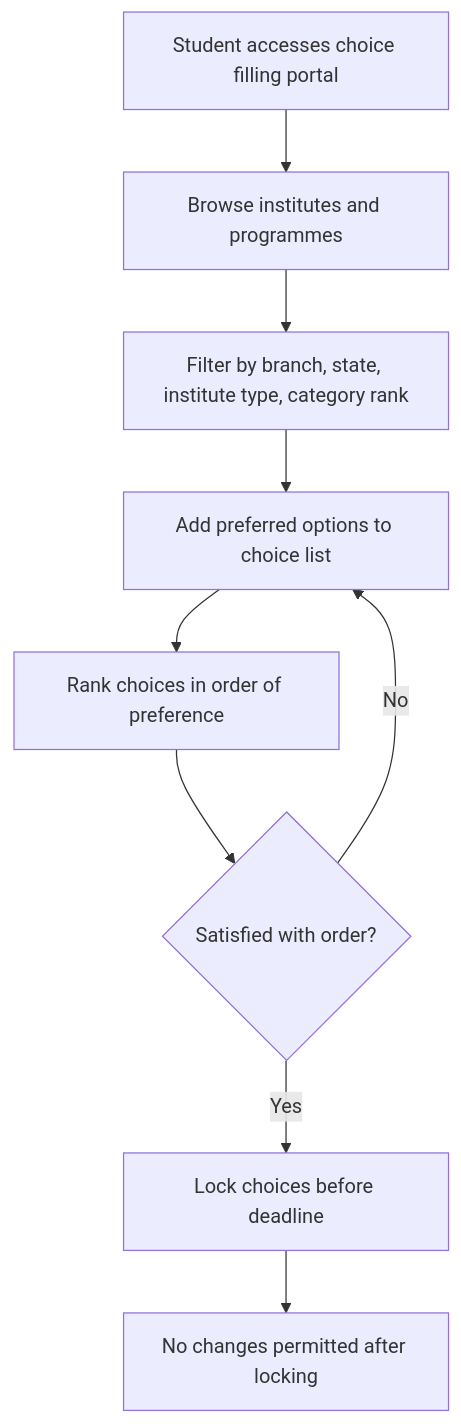
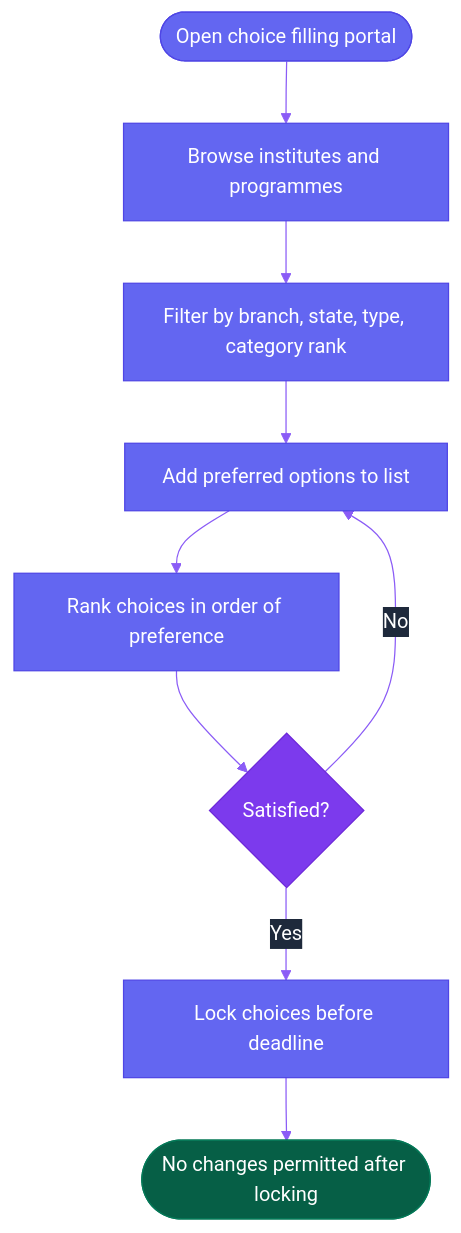
Before and after one commit to aashrutsharma2/docs: the second of 4 diagrams in blueprint/admission-lifecycle.mdx, drawn with Mermaid. The commit also changed other lines of this file and 3 other files, not shown here.

````diff
--- a/blueprint/admission-lifecycle.mdx
+++ b/blueprint/admission-lifecycle.mdx
@@ -118,11 +111,33 @@
 ```mermaid
+%%{init: {
+  'theme': 'base',
+  'themeVariables': {
+    'primaryColor': '#6366f1',
+    'primaryTextColor': '#ffffff',
+    'primaryBorderColor': '#4f46e5',
+    'lineColor': '#8b5cf6',
+    'secondaryColor': '#312e81',
+    'tertiaryColor': '#1e1b4b',
+    'background': 'transparent',
+    'mainBkg': '#6366f1',
+    'nodeBorder': '#4f46e5',
+    'clusterBkg': '#1e1b4b',
+    'titleColor': '#a5b4fc',
+    'edgeLabelBackground': '#1e293b',
+    'fontFamily': 'Inter, sans-serif'
+  }
+}}%%
 flowchart TD
-    A[Student accesses choice filling portal] --> B[Browse institutes and programmes]
-    B --> C[Filter by branch, state, institute type, category rank]
-    C --> D[Add preferred options to choice list]
+    A([Open choice filling portal]) --> B[Browse institutes and programmes]
+    B --> C[Filter by branch, state, type, category rank]
+    C --> D[Add preferred options to list]
     D --> E[Rank choices in order of preference]
-    E --> F{Satisfied with order?}
+    E --> F{Satisfied?}
     F -- No --> D
     F -- Yes --> G[Lock choices before deadline]
-    G --> H[No changes permitted after locking]
+    G --> H([No changes permitted after locking])
+
+    style A fill:#6366f1,stroke:#4f46e5,color:#fff
+    style H fill:#065f46,stroke:#047857,color:#fff
+    style F fill:#7c3aed,stroke:#6d28d9,color:#fff
 ```
````
